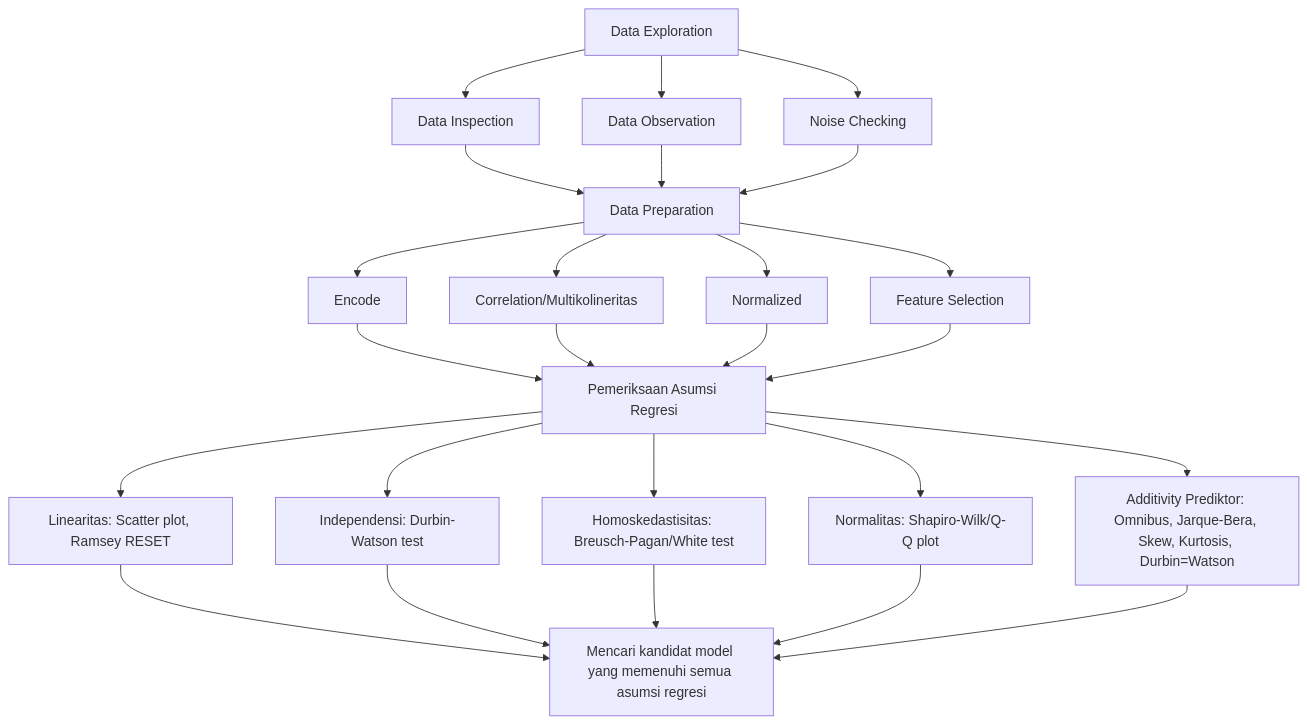
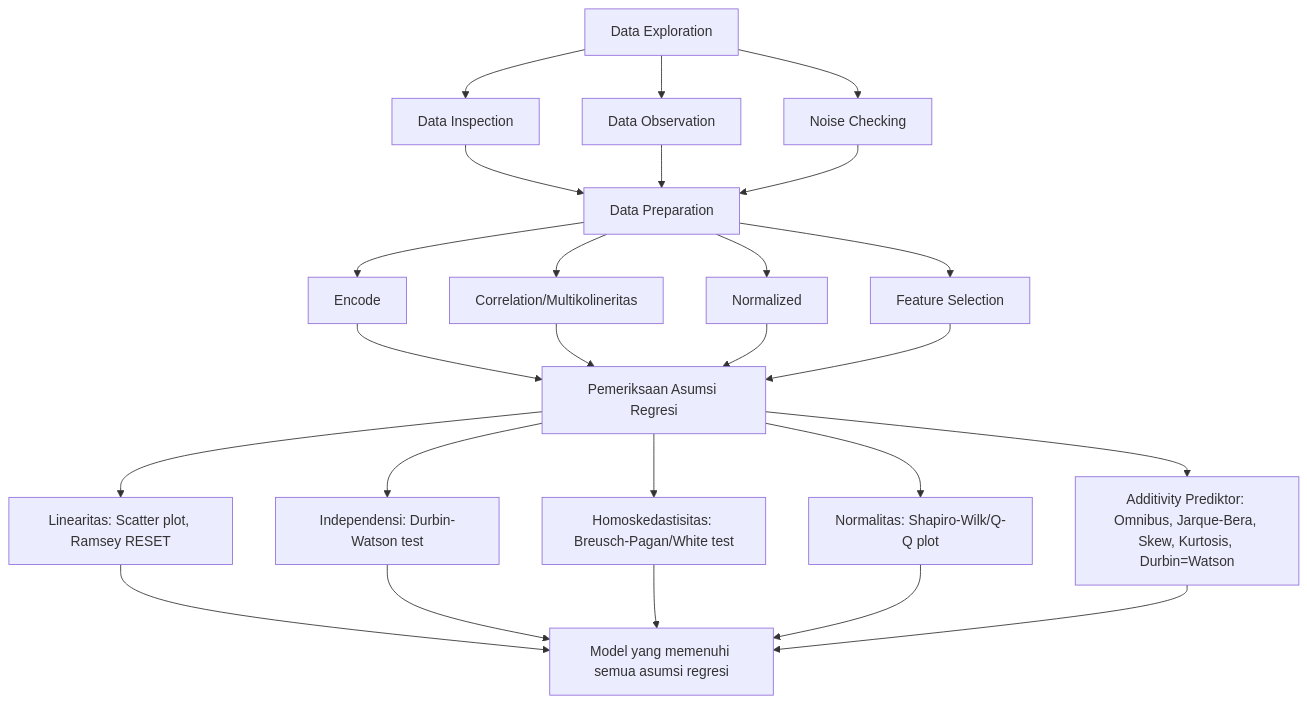
The first of 4 diagrams in README.md (AkbarArsanata/Analisis-Freelancer), drawn with Mermaid before and after one commit. The commit also changed other lines of this file, not shown here.

````diff
--- a/README.md
+++ b/README.md
@@ -82,33 +82,33 @@
 ```mermaid
 graph TD
     A[Data Exploration] --> A1[Data Inspection]
     A --> A2[Data Observation]
     A --> A3[Noise Checking]
     A1 --> B[Data Preparation]
     A2 --> B
     A3 --> B
 
     B --> C1[Encode]
     B --> C2[Correlation/Multikolineritas]
     B --> C3[Normalized]
     B --> C4[Feature Selection]
     
     C1 --> D[Pemeriksaan Asumsi Regresi]
     C2 --> D
     C3 --> D
     C4 --> D
     
     D --> E1[Linearitas: Scatter plot, Ramsey RESET]
     D --> E2[Independensi: Durbin-Watson test]
     D --> E3[Homoskedastisitas: Breusch-Pagan/White test]
     D --> E4[Normalitas: Shapiro-Wilk/Q-Q plot]
     D --> E5[Additivity Prediktor: Omnibus, Jarque-Bera, Skew, Kurtosis, Durbin=Watson]
 
-    E1 --> F[Mencari kandidat model yang memenuhi semua asumsi regresi]
+    E1 --> F[Model yang memenuhi semua asumsi regresi]
     E2 --> F
 E3 --> F
 E4 --> F
 E5 --> F
 
 
 ```
````
